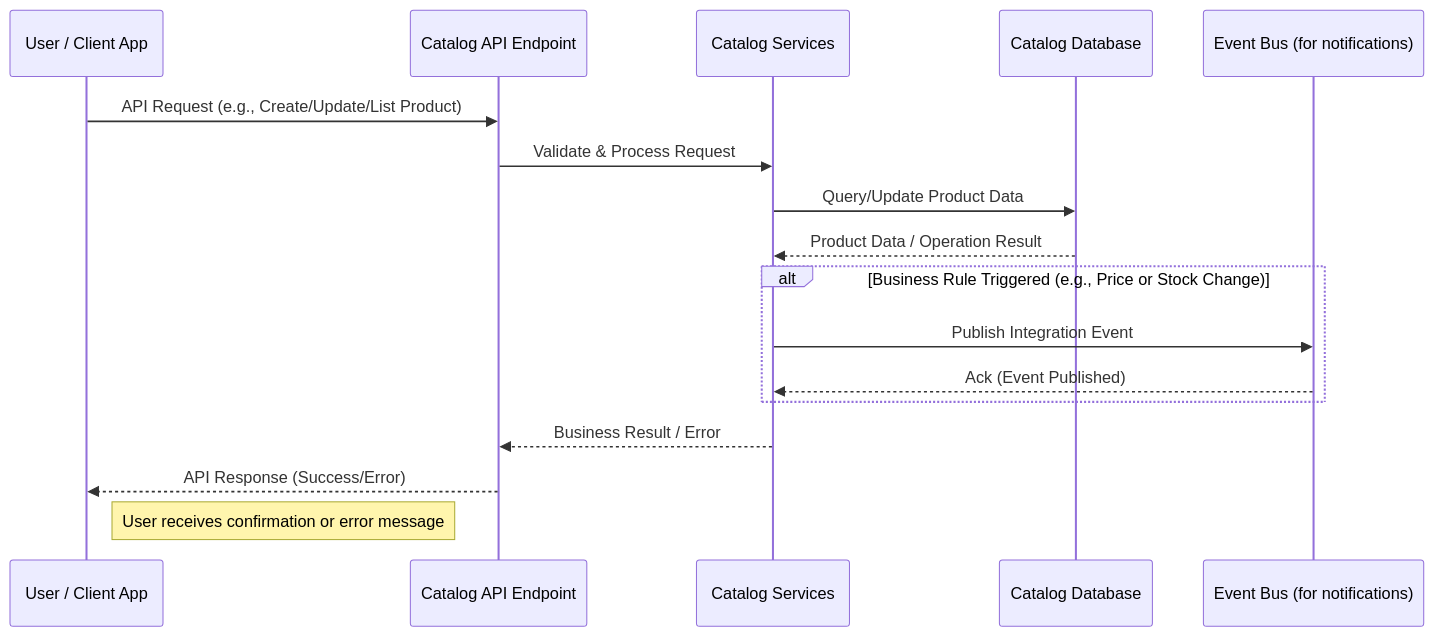
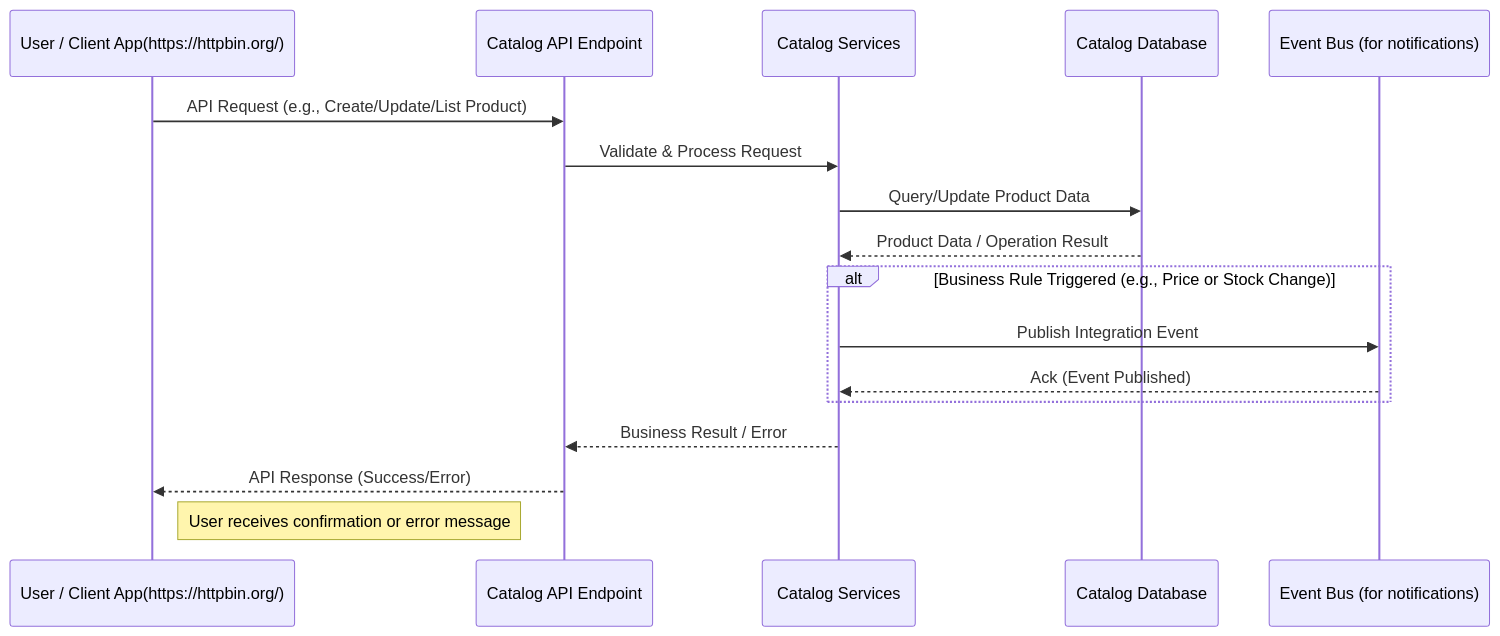
Before and after one commit to akhileshap9/automated-doc-poc-repo: the first of 2 diagrams in src/Catalog.API/FeatureDetails.md, drawn with Mermaid.

````diff
--- a/src/Catalog.API/FeatureDetails.md
+++ b/src/Catalog.API/FeatureDetails.md
@@ -24,20 +24,20 @@
 ```mermaid
 sequenceDiagram
-    participant User as User / Client App
+    participant User as User / Client App(https://httpbin.org/)
     participant CatalogAPI as Catalog API Endpoint
     participant CatalogServices as Catalog Services
     participant DB as Catalog Database
     participant EventBus as Event Bus (for notifications)
 
     User->>CatalogAPI: API Request (e.g., Create/Update/List Product)
     CatalogAPI->>CatalogServices: Validate & Process Request
     CatalogServices->>DB: Query/Update Product Data
     DB-->>CatalogServices: Product Data / Operation Result
     alt Business Rule Triggered (e.g., Price or Stock Change)
         CatalogServices->>EventBus: Publish Integration Event
         EventBus-->>CatalogServices: Ack (Event Published)
     end
     CatalogServices-->>CatalogAPI: Business Result / Error
     CatalogAPI-->>User: API Response (Success/Error)
     Note right of User: User receives confirmation or error message
 ```
````
